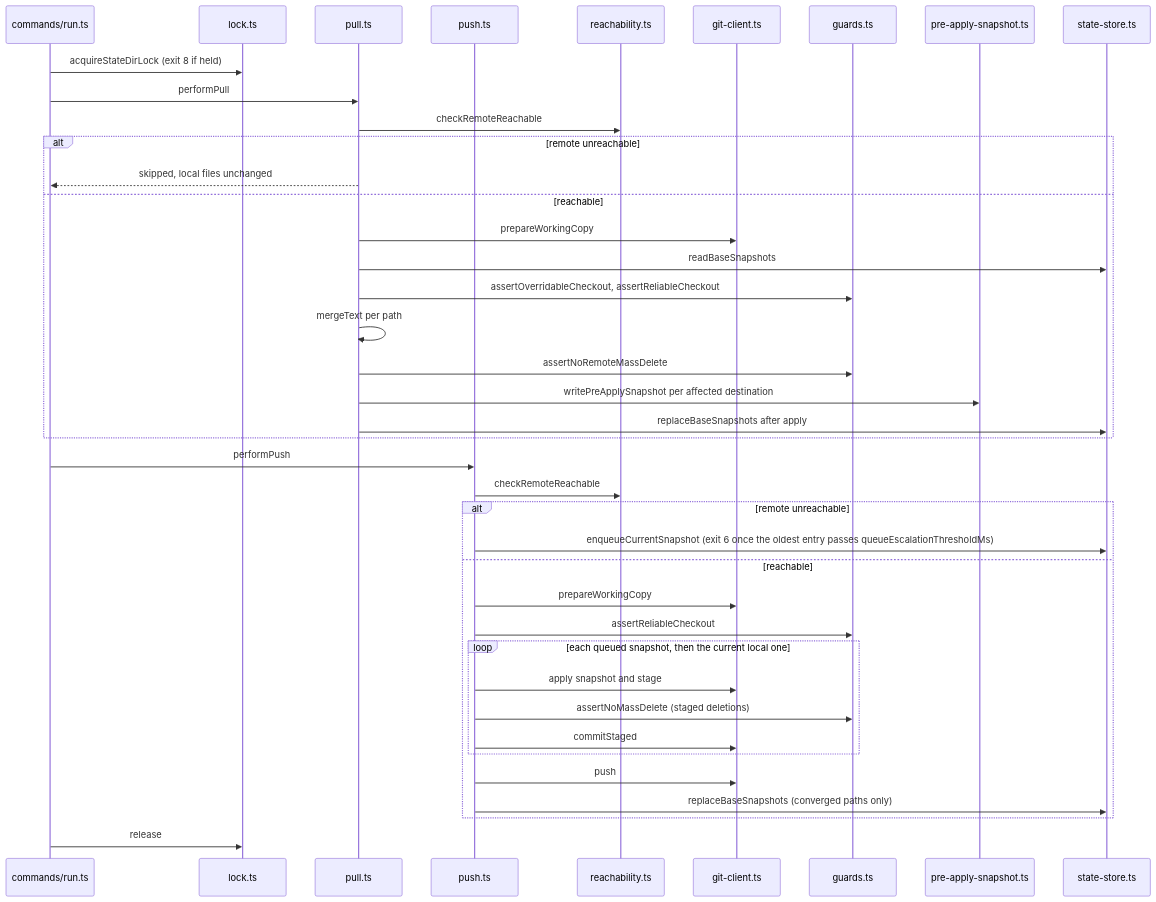
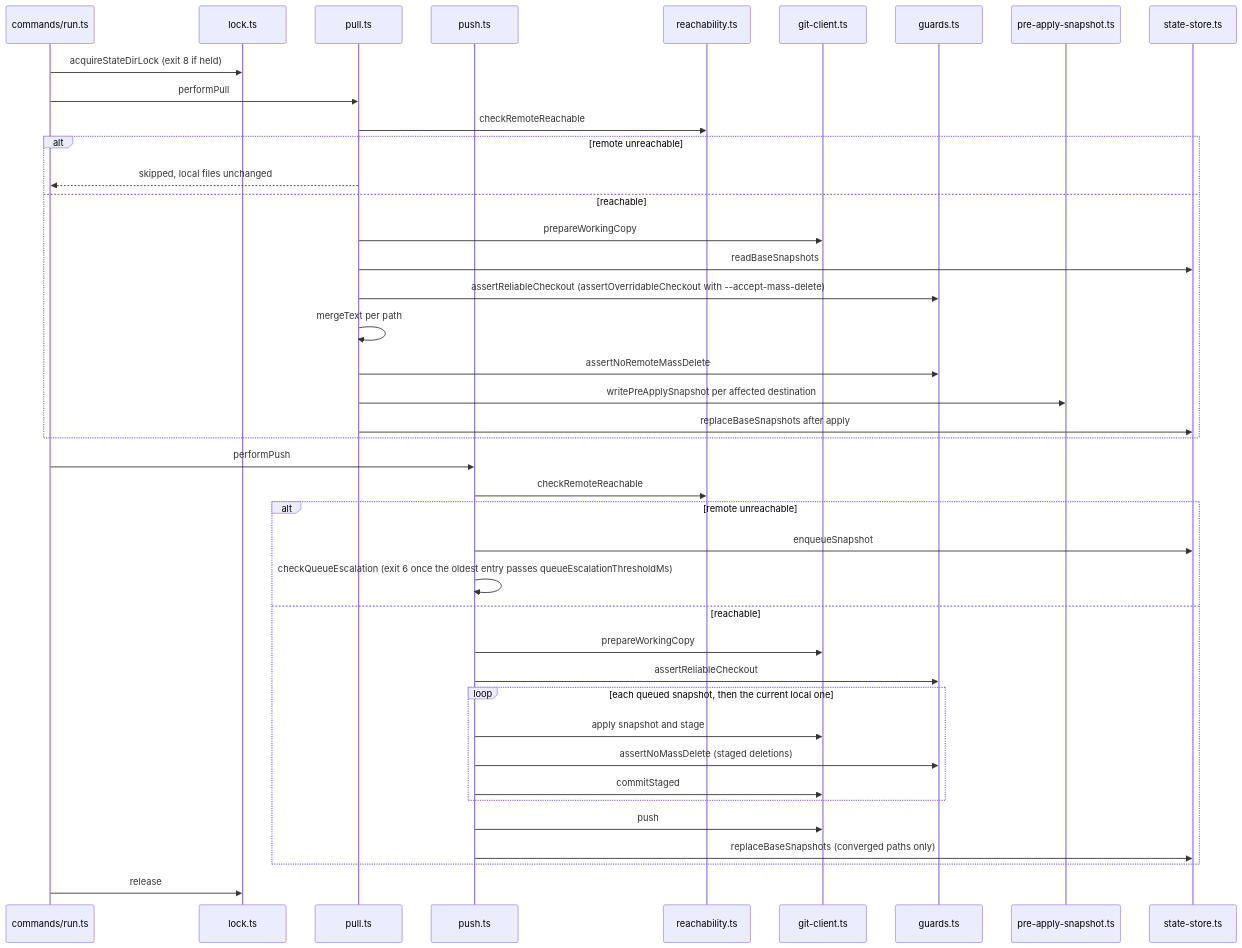
The diagram in packages/agent-memory-sync/docs/architecture.md (LanNguyenSi/agent-memory), drawn with Mermaid before and after one commit. The commit also changed other lines of this file and 6 other files, not shown here.

````diff
--- a/packages/agent-memory-sync/docs/architecture.md
+++ b/packages/agent-memory-sync/docs/architecture.md
@@ -179,42 +180,43 @@
 ```mermaid
 sequenceDiagram
     participant Run as commands/run.ts
     participant Lock as lock.ts
     participant Pull as pull.ts
     participant Push as push.ts
     participant Reach as reachability.ts
     participant Git as git-client.ts
     participant Guards as guards.ts
     participant Snap as pre-apply-snapshot.ts
     participant State as state-store.ts
     Run->>Lock: acquireStateDirLock (exit 8 if held)
     Run->>Pull: performPull
     Pull->>Reach: checkRemoteReachable
     alt remote unreachable
         Pull-->>Run: skipped, local files unchanged
     else reachable
         Pull->>Git: prepareWorkingCopy
         Pull->>State: readBaseSnapshots
-        Pull->>Guards: assertOverridableCheckout, assertReliableCheckout
+        Pull->>Guards: assertReliableCheckout (assertOverridableCheckout with --accept-mass-delete)
         Pull->>Pull: mergeText per path
         Pull->>Guards: assertNoRemoteMassDelete
         Pull->>Snap: writePreApplySnapshot per affected destination
         Pull->>State: replaceBaseSnapshots after apply
     end
     Run->>Push: performPush
     Push->>Reach: checkRemoteReachable
     alt remote unreachable
-        Push->>State: enqueueCurrentSnapshot (exit 6 once the oldest entry passes queueEscalationThresholdMs)
+        Push->>State: enqueueSnapshot
+        Push->>Push: checkQueueEscalation (exit 6 once the oldest entry passes queueEscalationThresholdMs)
     else reachable
         Push->>Git: prepareWorkingCopy
         Push->>Guards: assertReliableCheckout
         loop each queued snapshot, then the current local one
             Push->>Git: apply snapshot and stage
             Push->>Guards: assertNoMassDelete (staged deletions)
             Push->>Git: commitStaged
         end
         Push->>Git: push
         Push->>State: replaceBaseSnapshots (converged paths only)
     end
     Run->>Lock: release
 ```
````
